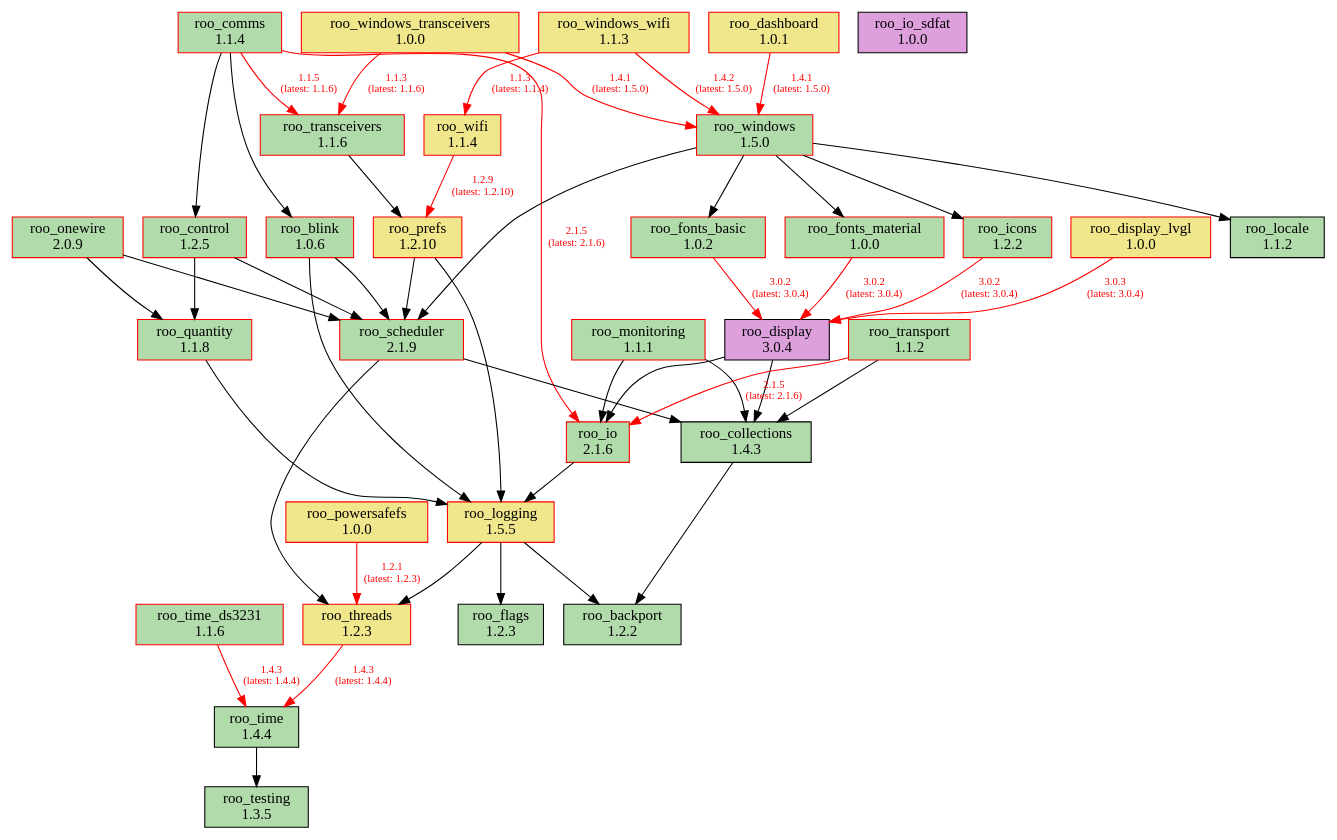
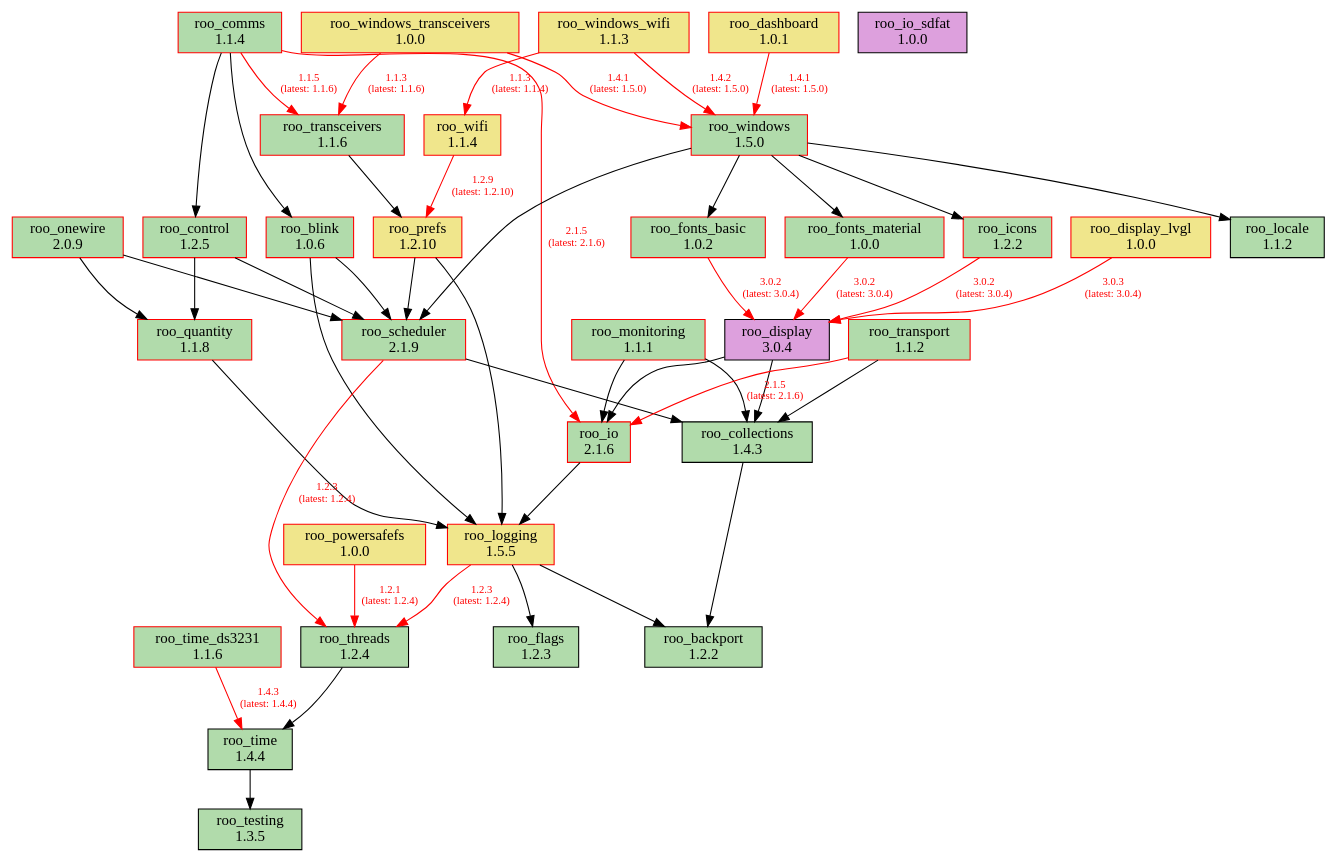
The diagram in doc/dependencies.dot (dejwk/roo-registry), drawn with Graphviz before and after one commit. The commit also changed 3 other files, not shown here.

Commit message:
Added roo_threads 1.2.4 to the registry.

```diff
--- a/doc/dependencies.dot
+++ b/doc/dependencies.dot
@@ -1,87 +1,87 @@
 digraph dependencies {
     rankdir=TB;
     node [shape=box, style=filled];
     edge [fontsize=10];
 
     // Modules
     "roo_backport" [label="roo_backport\n1.2.2", fillcolor="#b1dbab", color="black"];
     "roo_blink" [label="roo_blink\n1.0.6", fillcolor="#b1dbab", color="red"];
     "roo_collections" [label="roo_collections\n1.4.3", fillcolor="#b1dbab", color="black"];
     "roo_comms" [label="roo_comms\n1.1.4", fillcolor="#b1dbab", color="red"];
     "roo_control" [label="roo_control\n1.2.5", fillcolor="#b1dbab", color="red"];
     "roo_dashboard" [label="roo_dashboard\n1.0.1", fillcolor="khaki", color="red"];
     "roo_display" [label="roo_display\n3.0.4", fillcolor="plum", color="black"];
     "roo_display_lvgl" [label="roo_display_lvgl\n1.0.0", fillcolor="khaki", color="red"];
     "roo_flags" [label="roo_flags\n1.2.3", fillcolor="#b1dbab", color="black"];
     "roo_fonts_basic" [label="roo_fonts_basic\n1.0.2", fillcolor="#b1dbab", color="red"];
     "roo_fonts_material" [label="roo_fonts_material\n1.0.0", fillcolor="#b1dbab", color="red"];
     "roo_icons" [label="roo_icons\n1.2.2", fillcolor="#b1dbab", color="red"];
     "roo_io" [label="roo_io\n2.1.6", fillcolor="#b1dbab", color="red"];
     "roo_io_sdfat" [label="roo_io_sdfat\n1.0.0", fillcolor="plum", color="black"];
     "roo_locale" [label="roo_locale\n1.1.2", fillcolor="#b1dbab", color="black"];
     "roo_logging" [label="roo_logging\n1.5.5", fillcolor="khaki", color="red"];
     "roo_monitoring" [label="roo_monitoring\n1.1.1", fillcolor="#b1dbab", color="red"];
     "roo_onewire" [label="roo_onewire\n2.0.9", fillcolor="#b1dbab", color="red"];
     "roo_powersafefs" [label="roo_powersafefs\n1.0.0", fillcolor="khaki", color="red"];
     "roo_prefs" [label="roo_prefs\n1.2.10", fillcolor="khaki", color="red"];
     "roo_quantity" [label="roo_quantity\n1.1.8", fillcolor="#b1dbab", color="red"];
     "roo_scheduler" [label="roo_scheduler\n2.1.9", fillcolor="#b1dbab", color="red"];
     "roo_testing" [label="roo_testing\n1.3.5", fillcolor="#b1dbab", color="black"];
-    "roo_threads" [label="roo_threads\n1.2.3", fillcolor="khaki", color="red"];
+    "roo_threads" [label="roo_threads\n1.2.4", fillcolor="#b1dbab", color="black"];
     "roo_time" [label="roo_time\n1.4.4", fillcolor="#b1dbab", color="black"];
     "roo_time_ds3231" [label="roo_time_ds3231\n1.1.6", fillcolor="#b1dbab", color="red"];
     "roo_transceivers" [label="roo_transceivers\n1.1.6", fillcolor="#b1dbab", color="red"];
     "roo_transport" [label="roo_transport\n1.1.2", fillcolor="#b1dbab", color="red"];
     "roo_wifi" [label="roo_wifi\n1.1.4", fillcolor="khaki", color="red"];
     "roo_windows" [label="roo_windows\n1.5.0", fillcolor="#b1dbab", color="red"];
     "roo_windows_transceivers" [label="roo_windows_transceivers\n1.0.0", fillcolor="khaki", color="red"];
     "roo_windows_wifi" [label="roo_windows_wifi\n1.1.3", fillcolor="khaki", color="red"];
 
     // Dependencies
     "roo_blink" -> "roo_logging";
     "roo_blink" -> "roo_scheduler";
     "roo_collections" -> "roo_backport";
     "roo_comms" -> "roo_blink";
     "roo_comms" -> "roo_control";
     "roo_comms" -> "roo_io" [color=red, fontcolor=red, label="2.1.5\n(latest: 2.1.6)"];
     "roo_comms" -> "roo_transceivers" [color=red, fontcolor=red, label="1.1.5\n(latest: 1.1.6)"];
     "roo_control" -> "roo_quantity";
     "roo_control" -> "roo_scheduler";
     "roo_dashboard" -> "roo_windows" [color=red, fontcolor=red, label="1.4.1\n(latest: 1.5.0)"];
     "roo_display" -> "roo_collections";
     "roo_display" -> "roo_io";
     "roo_display_lvgl" -> "roo_display" [color=red, fontcolor=red, label="3.0.3\n(latest: 3.0.4)"];
     "roo_fonts_basic" -> "roo_display" [color=red, fontcolor=red, label="3.0.2\n(latest: 3.0.4)"];
     "roo_fonts_material" -> "roo_display" [color=red, fontcolor=red, label="3.0.2\n(latest: 3.0.4)"];
     "roo_icons" -> "roo_display" [color=red, fontcolor=red, label="3.0.2\n(latest: 3.0.4)"];
     "roo_io" -> "roo_logging";
     "roo_logging" -> "roo_backport";
     "roo_logging" -> "roo_flags";
-    "roo_logging" -> "roo_threads";
+    "roo_logging" -> "roo_threads" [color=red, fontcolor=red, label="1.2.3\n(latest: 1.2.4)"];
     "roo_monitoring" -> "roo_collections";
     "roo_monitoring" -> "roo_io";
     "roo_onewire" -> "roo_scheduler";
     "roo_onewire" -> "roo_quantity";
-    "roo_powersafefs" -> "roo_threads" [color=red, fontcolor=red, label="1.2.1\n(latest: 1.2.3)"];
+    "roo_powersafefs" -> "roo_threads" [color=red, fontcolor=red, label="1.2.1\n(latest: 1.2.4)"];
     "roo_prefs" -> "roo_logging";
     "roo_prefs" -> "roo_scheduler";
     "roo_quantity" -> "roo_logging";
     "roo_scheduler" -> "roo_collections";
-    "roo_scheduler" -> "roo_threads";
-    "roo_threads" -> "roo_time" [color=red, fontcolor=red, label="1.4.3\n(latest: 1.4.4)"];
+    "roo_scheduler" -> "roo_threads" [color=red, fontcolor=red, label="1.2.3\n(latest: 1.2.4)"];
+    "roo_threads" -> "roo_time";
     "roo_time" -> "roo_testing";
     "roo_time_ds3231" -> "roo_time" [color=red, fontcolor=red, label="1.4.3\n(latest: 1.4.4)"];
     "roo_transceivers" -> "roo_prefs";
     "roo_transport" -> "roo_collections";
     "roo_transport" -> "roo_io" [color=red, fontcolor=red, label="2.1.5\n(latest: 2.1.6)"];
     "roo_wifi" -> "roo_prefs" [color=red, fontcolor=red, label="1.2.9\n(latest: 1.2.10)"];
     "roo_windows" -> "roo_fonts_basic";
     "roo_windows" -> "roo_fonts_material";
     "roo_windows" -> "roo_locale";
     "roo_windows" -> "roo_icons";
     "roo_windows" -> "roo_scheduler";
     "roo_windows_transceivers" -> "roo_transceivers" [color=red, fontcolor=red, label="1.1.3\n(latest: 1.1.6)"];
     "roo_windows_transceivers" -> "roo_windows" [color=red, fontcolor=red, label="1.4.1\n(latest: 1.5.0)"];
     "roo_windows_wifi" -> "roo_wifi" [color=red, fontcolor=red, label="1.1.3\n(latest: 1.1.4)"];
     "roo_windows_wifi" -> "roo_windows" [color=red, fontcolor=red, label="1.4.2\n(latest: 1.5.0)"];
 }
```
